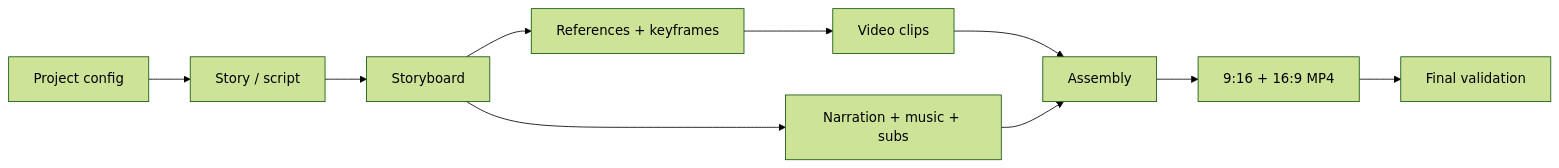
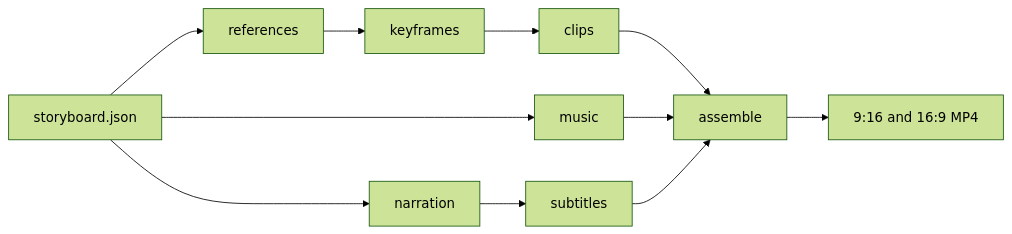
One commit to aderawmolla/ai-studio changed the diagram in docs/ARCHITECTURE.md. Above: the diagram before and after it, drawn with Mermaid (forest theme). The commit also changed other lines of this file and 20 other files, not shown here.

````diff
--- a/docs/ARCHITECTURE.md
+++ b/docs/ARCHITECTURE.md
@@ -7,12 +23,14 @@
 ```mermaid
 flowchart LR
-  config[Project config] --> story[Story / script]
-  story --> sb[Storyboard]
-  sb --> img[References + keyframes]
-  img --> vid[Video clips]
-  sb --> aud[Narration + music + subs]
-  vid --> asm[Assembly]
-  aud --> asm
-  asm --> out[9:16 + 16:9 MP4]
-  out --> fin[Final validation]
+  sb[storyboard.json]
+  sb --> ref[references]
+  ref --> kf[keyframes]
+  kf --> vid[clips]
+  sb --> nar[narration]
+  sb --> mus[music]
+  nar --> sub[subtitles]
+  vid --> asm[assemble]
+  mus --> asm
+  sub --> asm
+  asm --> out[9:16 and 16:9 MP4]
 ```
````
